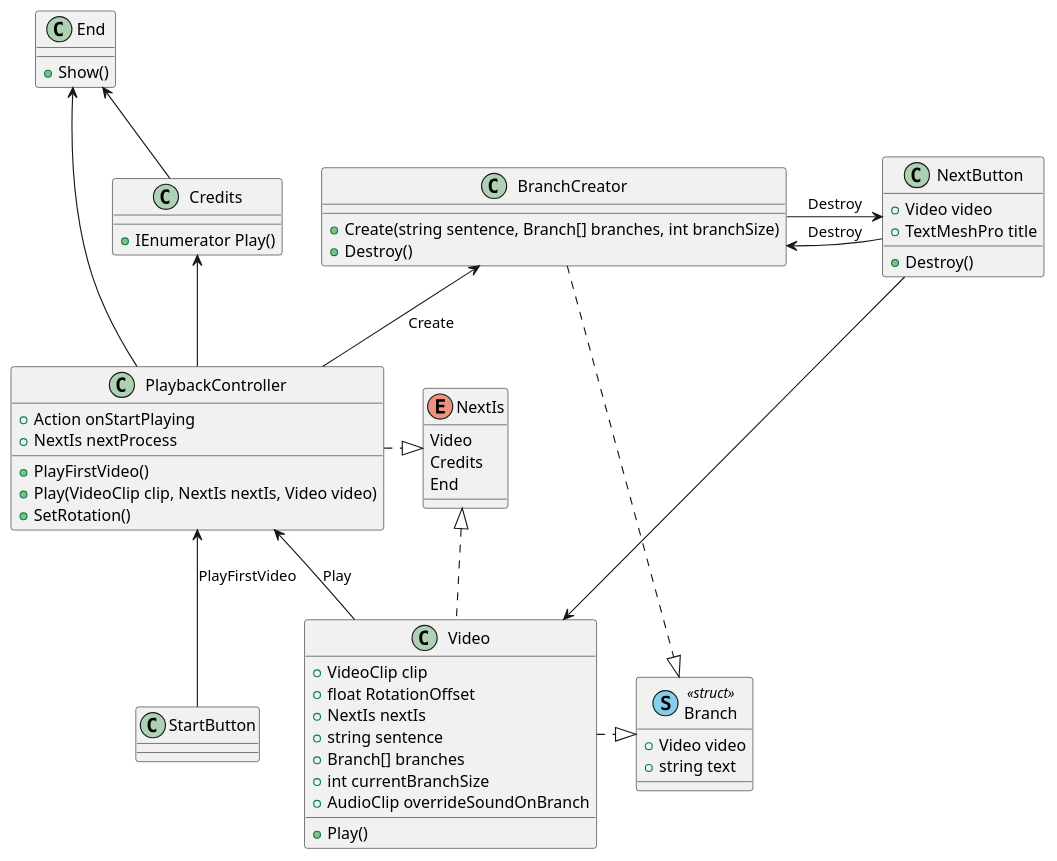
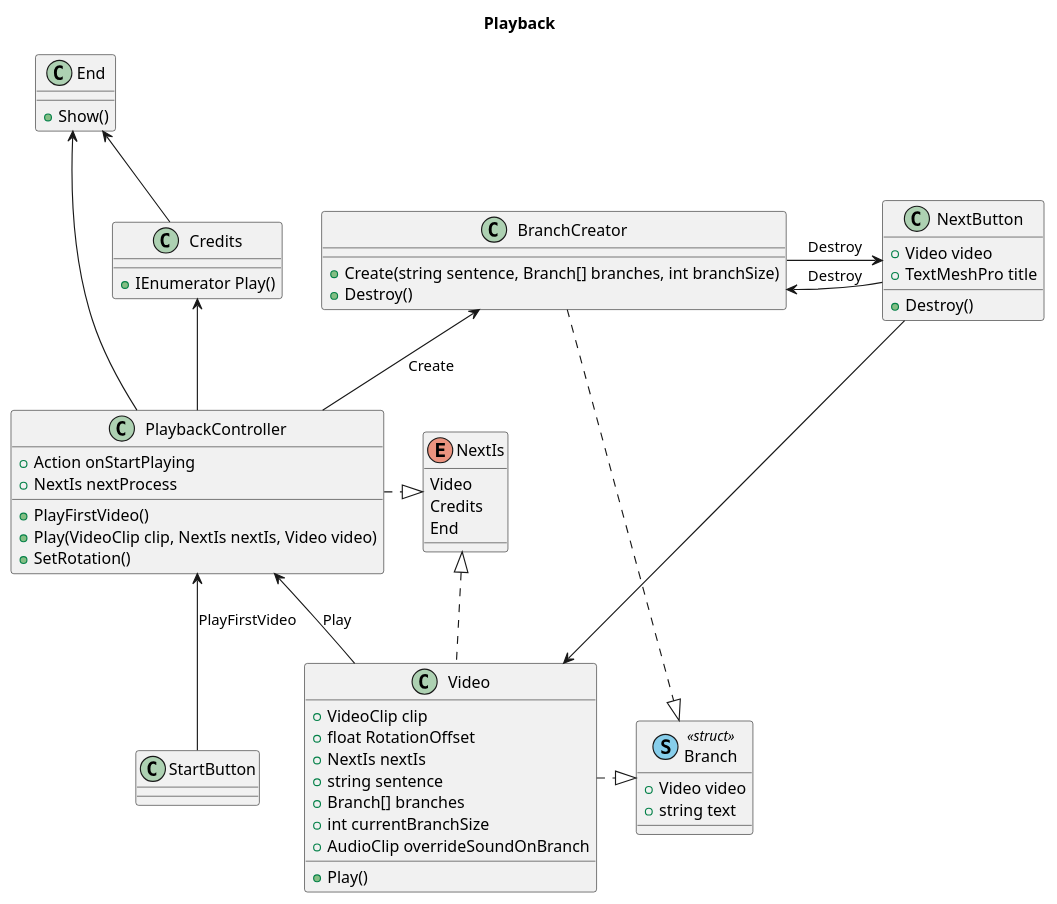
The diagram in Assets/Diagrams/Playback.puml (yutokun/Branch-able-VR-Movie-Template), drawn with PlantUML before and after one commit. The commit also changed 2 other files, not shown here.

Commit message:
Added an interaction dialog UML.

```diff
--- a/Assets/Diagrams/Playback.puml
+++ b/Assets/Diagrams/Playback.puml
@@ -1,66 +1,68 @@
 @startuml
+
+title Playback
 
 class PlaybackController {
     +Action onStartPlaying
     +NextIs nextProcess
     +PlayFirstVideo()
     +Play(VideoClip clip, NextIs nextIs, Video video)
     +SetRotation()
 }
 
 enum NextIs {
     Video
     Credits
     End
 }
 
 class Branch << (S,skyblue) struct >> {
     +Video video
     +string text
 }
 
 class Video {
     +VideoClip clip
     +float RotationOffset
     +NextIs nextIs
     +string sentence
     +Branch[] branches
     +int currentBranchSize
     +AudioClip overrideSoundOnBranch
     +Play()
 }
 
 class BranchCreator {
     +Create(string sentence, Branch[] branches, int branchSize)
     +Destroy()
 }
 
 class NextButton {
     +Video video
     +TextMeshPro title
     +Destroy()
 }
 
 class Credits {
     +IEnumerator Play()
 }
 
 class End {
     +Show()
 }
 
 StartButton -up-> PlaybackController : PlayFirstVideo
 BranchCreator <-- PlaybackController : Create
 BranchCreator .-|> Branch
 Video -up-> PlaybackController : Play
 End <-left- PlaybackController
 Credits <-down- PlaybackController
 NextButton -> Video
 Credits -up-> End
 Video .right|> Branch
 BranchCreator -> NextButton : Destroy
 BranchCreator <- NextButton : Destroy
 PlaybackController .|> NextIs
 NextIs <|-. Video
 
 @enduml
```
